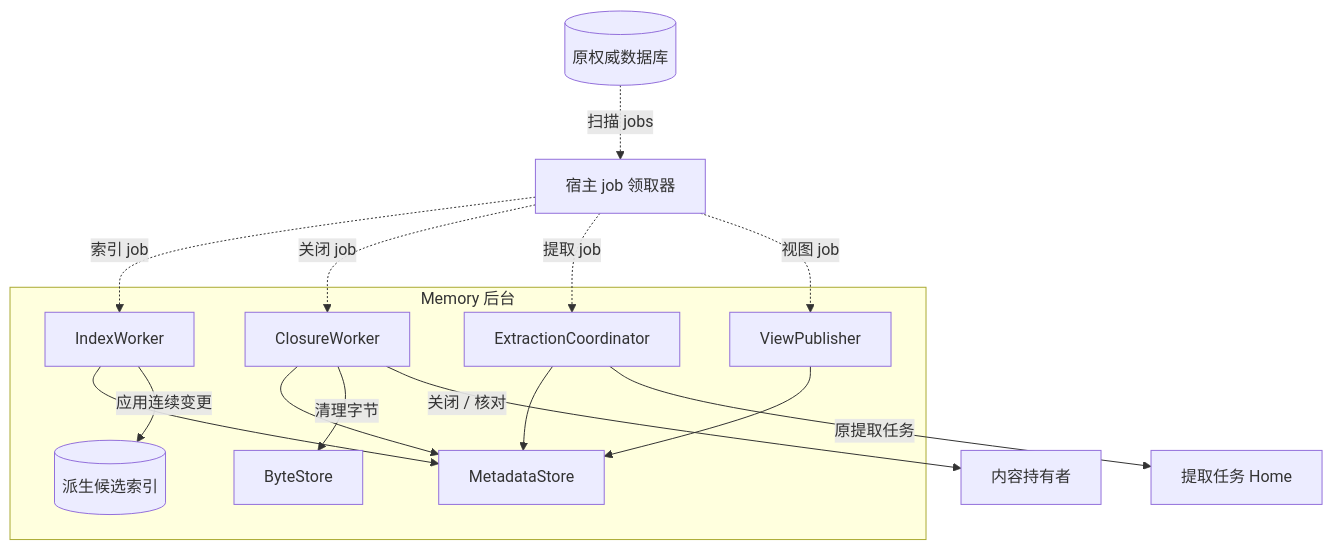
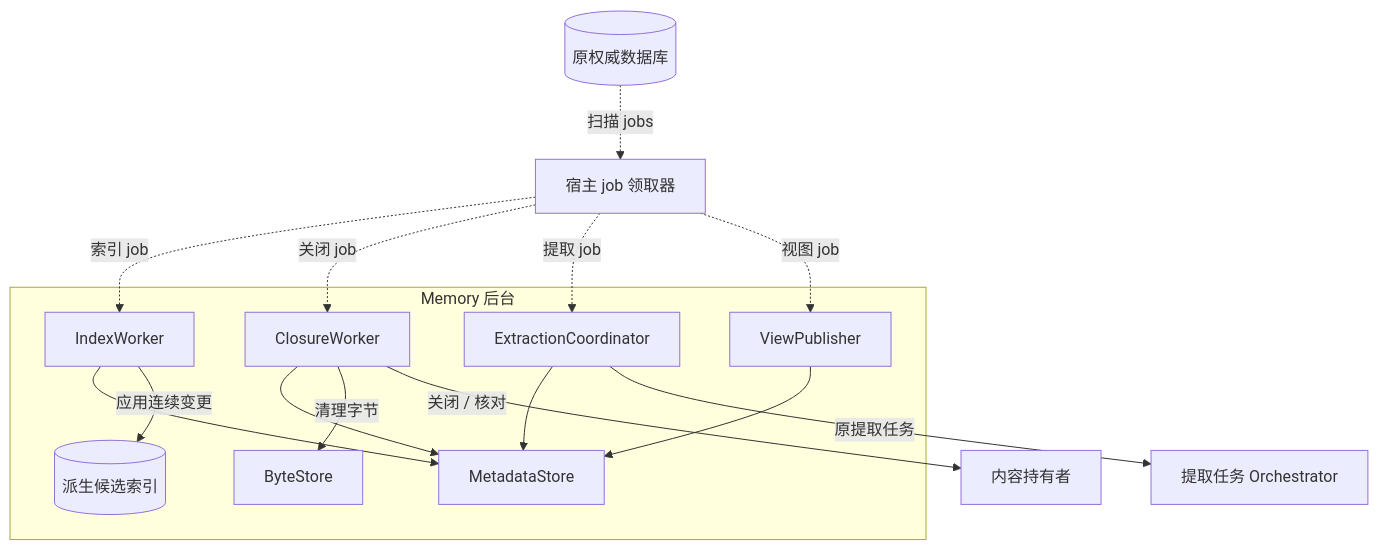
The second of 8 diagrams in docs/architecture/memory/implementation.md (ruipengliu/lerna), drawn with Mermaid before and after one commit. The commit also changed other lines of this file and 174 other files, not shown here.

````diff
--- a/docs/architecture/memory/implementation.md
+++ b/docs/architecture/memory/implementation.md
@@ -66,25 +66,25 @@
 ```mermaid
 flowchart TB
     DB[(原权威数据库)] -.扫描 jobs.-> J[宿主 job 领取器]
     subgraph M[Memory 后台]
       I[IndexWorker]
       K[ClosureWorker]
       E[ExtractionCoordinator]
       V[ViewPublisher]
       S[MetadataStore]
       X[(派生候选索引)]
       B[ByteStore]
       I --> S
       I -->|应用连续变更| X
       K --> S
       K -->|清理字节| B
       E --> S
       V --> S
     end
     J -.索引 job.-> I
     J -.关闭 job.-> K
     J -.提取 job.-> E
     J -.视图 job.-> V
     K -->|关闭 / 核对| R[内容持有者]
-    E -->|原提取任务| H[提取任务 Home]
+    E -->|原提取任务| H[提取任务 Orchestrator]
 ```
````
